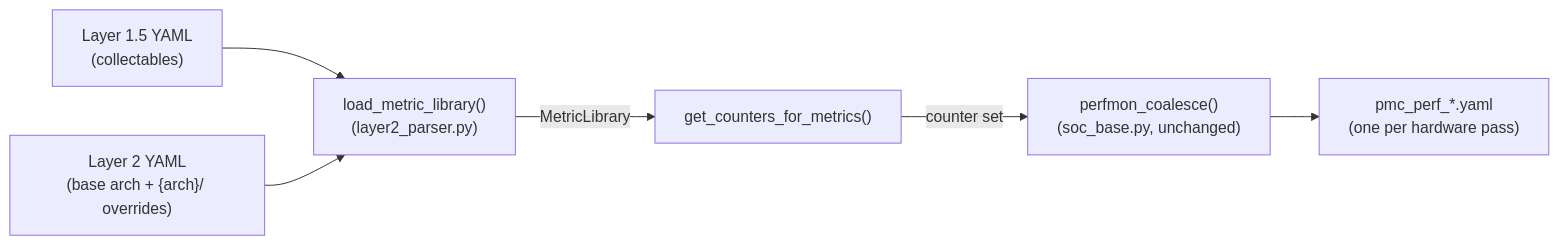
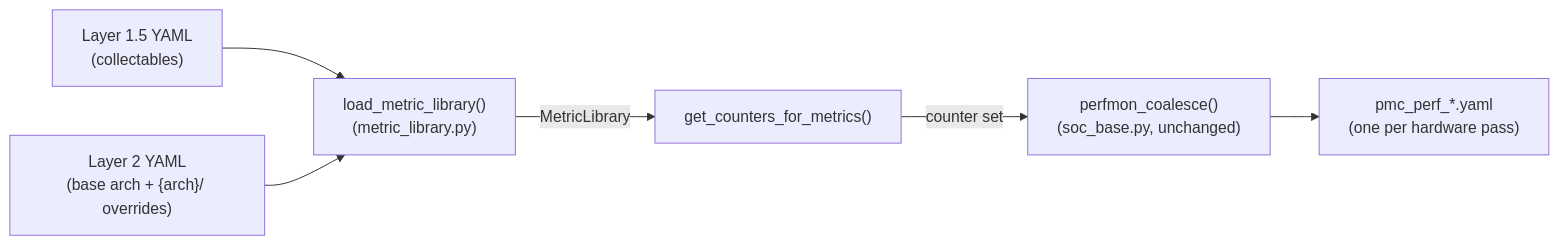
Before and after one commit to ROCm/rocm-systems: the fourth of 5 diagrams in projects/rocprofiler-compute/docs/design/analysis-config-redesign/lld-index.md, drawn with Mermaid. The commit also changed other lines of this file and 3 other files, not shown here.

First line of the commit message:
docs(rocprofiler-compute): Align analysis config design with the metric library

````diff
--- a/projects/rocprofiler-compute/docs/design/analysis-config-redesign/lld-index.md
+++ b/projects/rocprofiler-compute/docs/design/analysis-config-redesign/lld-index.md
@@ -118,15 +118,15 @@
 ```mermaid
 flowchart LR
     L15["Layer 1.5 YAML<br/>(collectables)"]
     L2["Layer 2 YAML<br/>(base arch + {arch}/ overrides)"]
-    LML["load_metric_library()<br/>(layer2_parser.py)"]
+    LML["load_metric_library()<br/>(metric_library.py)"]
     GCM["get_counters_for_metrics()"]
     PC["perfmon_coalesce()<br/>(soc_base.py, unchanged)"]
     PMC["pmc_perf_*.yaml<br/>(one per hardware pass)"]
 
     L15 --> LML
     L2 --> LML
     LML -->|MetricLibrary| GCM
     GCM -->|counter set| PC
     PC --> PMC
 ```
````
